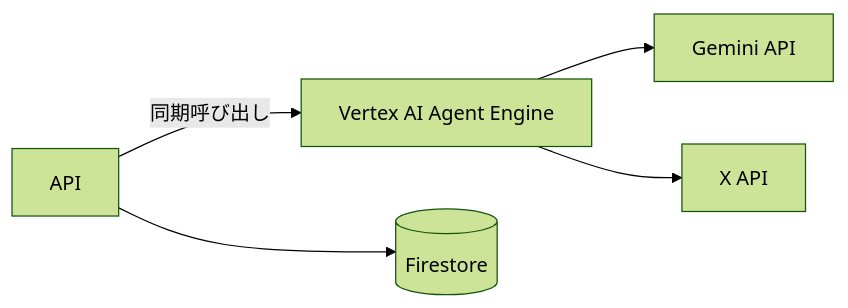
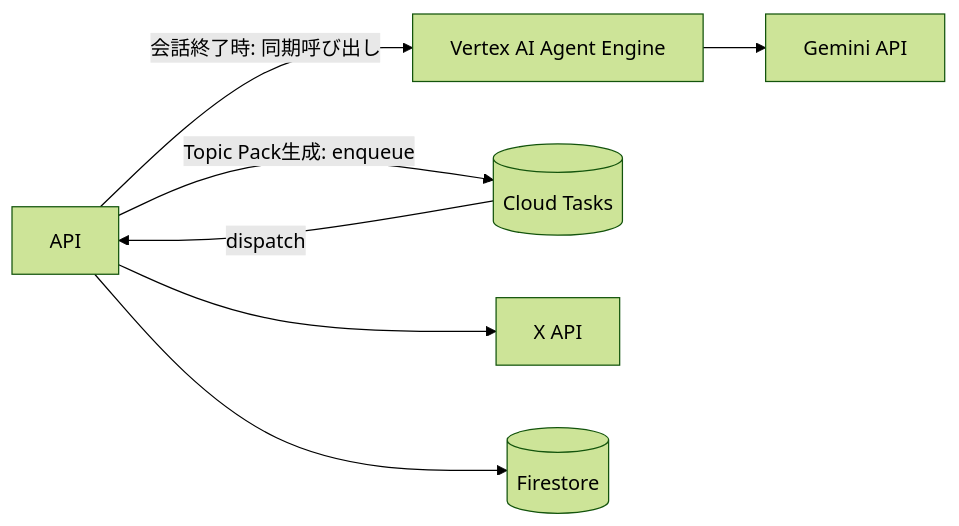
The third of 7 diagrams in docs/BASIC_DESIGN.md (tasugiya/real_conversation_agents), drawn with Mermaid (forest theme) before and after one commit. The commit also changed other lines of this file and 3 other files, not shown here.

````diff
--- a/docs/BASIC_DESIGN.md
+++ b/docs/BASIC_DESIGN.md
@@ -416,7 +416,9 @@
 ```mermaid
 flowchart LR
-    API[API] -->|同期呼び出し| AE[Vertex AI Agent Engine]
+    API[API] -->|会話終了時: 同期呼び出し| AE[Vertex AI Agent Engine]
     AE --> Gemini[Gemini API]
-    AE --> XAPI[X API]
+    API -->|Topic Pack生成: enqueue| CT[(Cloud Tasks)]
+    CT -->|dispatch| API
+    API --> XAPI[X API]
     API --> DB[(Firestore)]
 ```
````
